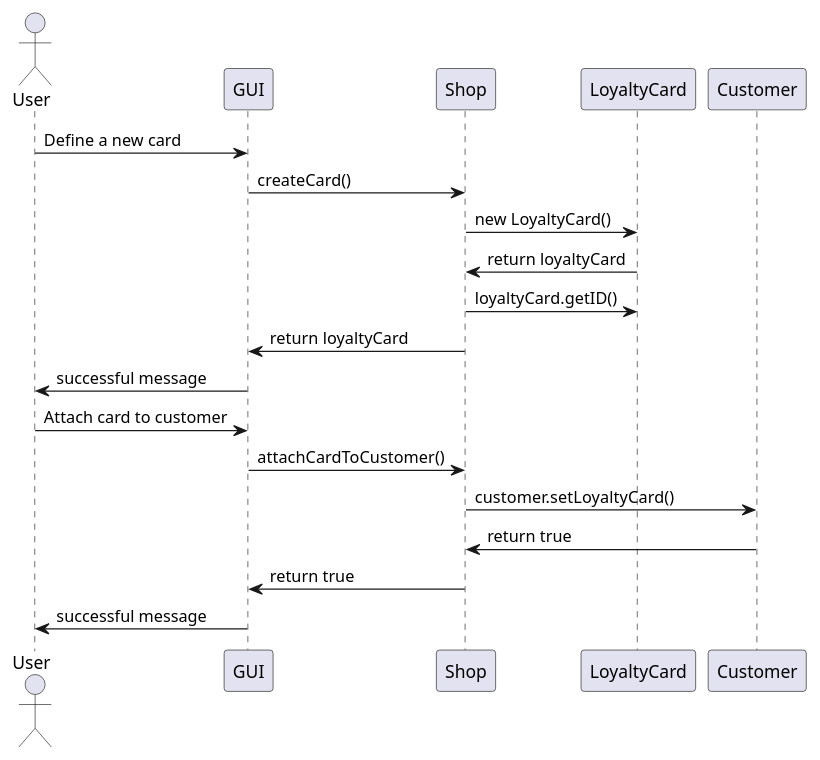
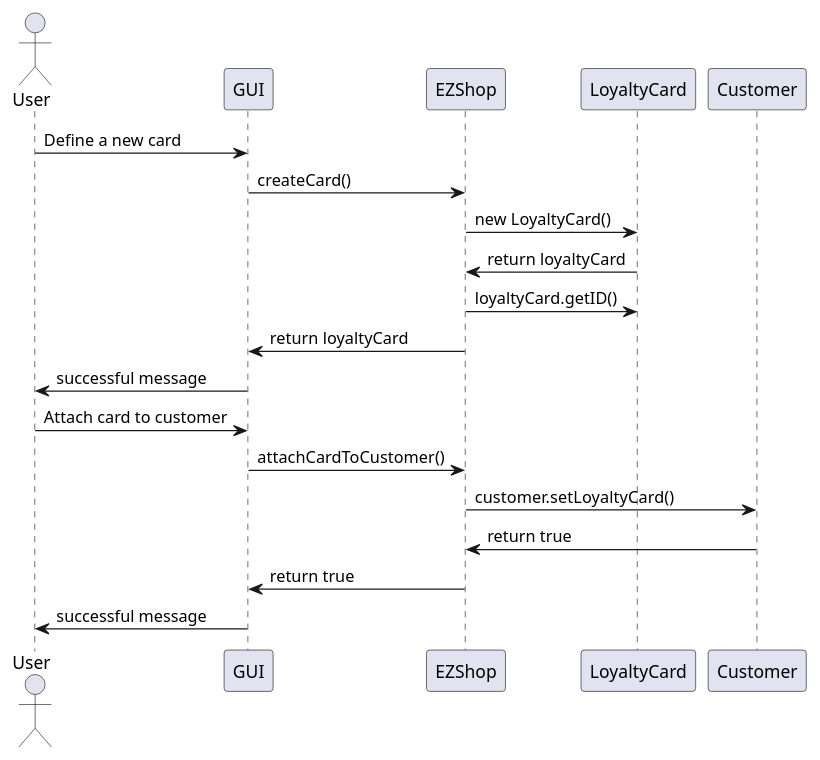
Diagram 11 of 19 in Deliverables/DesignDocument.md (ThePiromaximus/ezshop), drawn with PlantUML before and after one commit. The commit also changed other lines of this file, not shown here.

````diff
--- a/Deliverables/DesignDocument.md
+++ b/Deliverables/DesignDocument.md
@@ -385,19 +401,19 @@
 ```plantuml
 @startuml
 Actor User as U
 
 U -> GUI: Define a new card
-GUI -> Shop: createCard()
-Shop -> LoyaltyCard: new LoyaltyCard()
-Shop <- LoyaltyCard: return loyaltyCard
-Shop -> LoyaltyCard: loyaltyCard.getID()
-GUI <- Shop: return loyaltyCard
+GUI -> EZShop: createCard()
+EZShop -> LoyaltyCard: new LoyaltyCard()
+EZShop <- LoyaltyCard: return loyaltyCard
+EZShop -> LoyaltyCard: loyaltyCard.getID()
+GUI <- EZShop: return loyaltyCard
 U <- GUI: successful message
 U -> GUI: Attach card to customer
-GUI -> Shop: attachCardToCustomer()
-Shop -> Customer: customer.setLoyaltyCard()
-Shop <- Customer: return true
-GUI <- Shop: return true
+GUI -> EZShop: attachCardToCustomer()
+EZShop -> Customer: customer.setLoyaltyCard()
+EZShop <- Customer: return true
+GUI <- EZShop: return true
 U <- GUI: successful message
 @enduml
 ```
````
